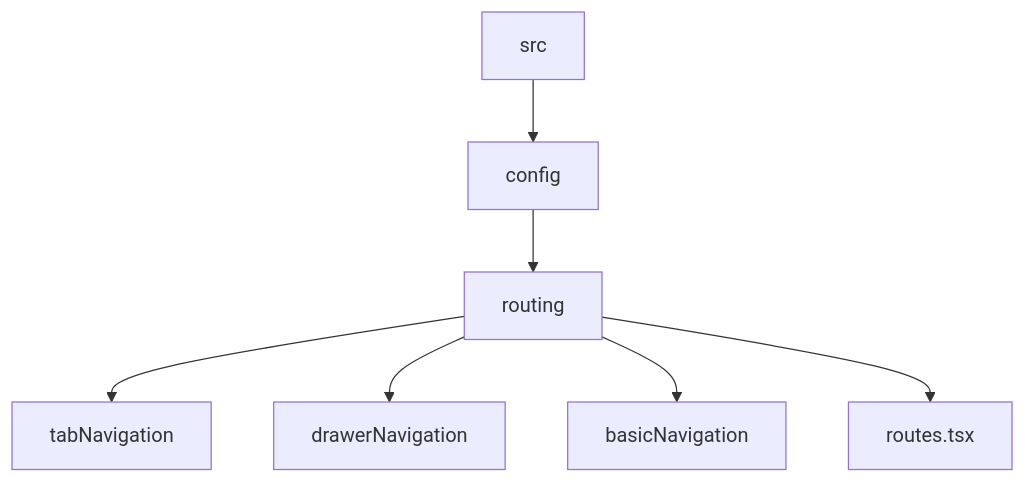
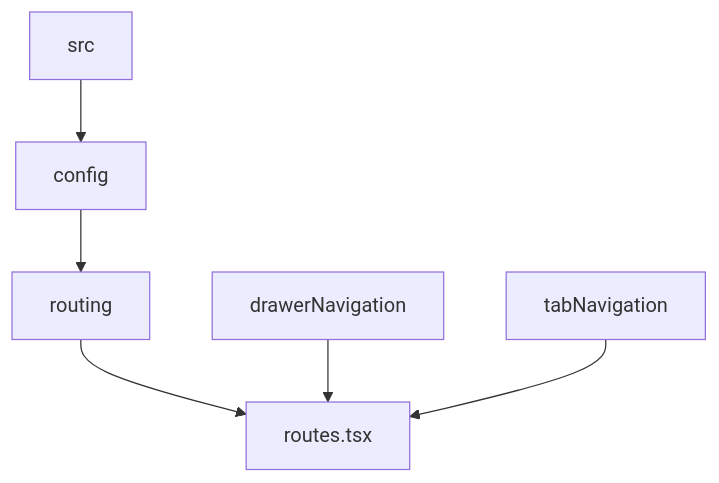
The diagram in README.md (ABP-Jhoan/Orion_RNCLI-TS), drawn with Mermaid before and after one commit. The commit also changed 12 other files, not shown here.

Commit message:
Drawer navigation terminada, arreglando la navegación global y documentación

````diff
--- a/README.md
+++ b/README.md
@@ -64,9 +64,8 @@
 ```mermaid
 graph TD;
     src-->config;
     config-->routing;
-    routing-->tabNavigation;
-    routing-->drawerNavigation;
-    routing-->basicNavigation;
     routing-->routes.tsx;
+    drawerNavigation-->routes.tsx;
+    tabNavigation-->routes.tsx;
 ```
````
